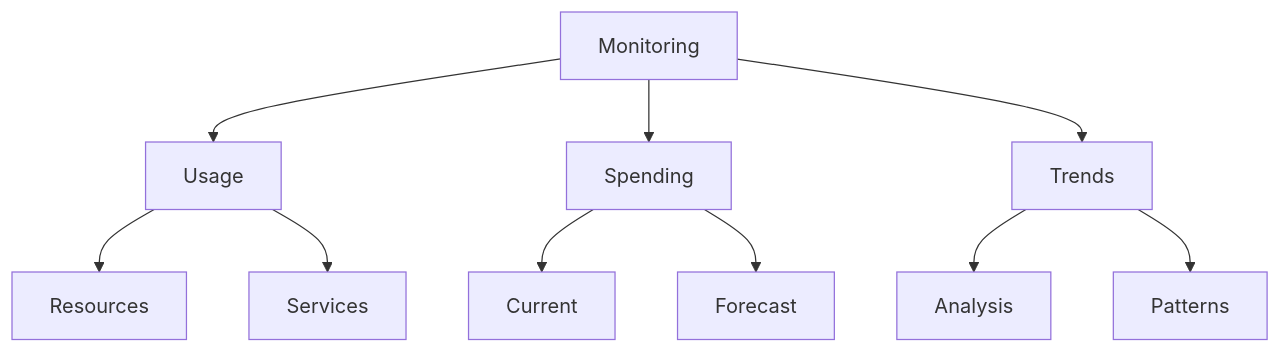
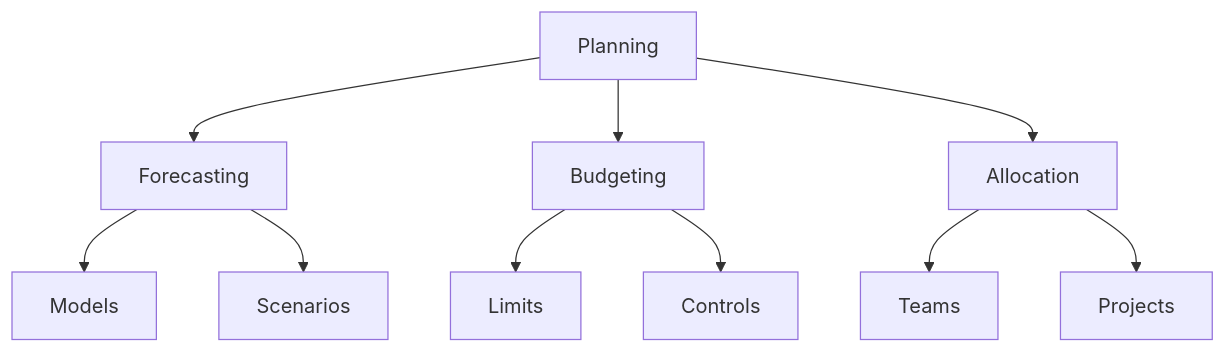
One commit to saravanakumarrc/Architecture_Journey changed diagram 12 of 15 in src/azure/az-104/Cost_Management.md. Above: the diagram before and after it, drawn with Mermaid. The commit also changed other lines of this file and 6 other files, not shown here.

````diff
--- a/src/azure/az-104/Cost_Management.md
+++ b/src/azure/az-104/Cost_Management.md
@@ -198,15 +211,15 @@
 ```mermaid
 graph TB
-    A[Monitoring] --> B[Usage]
-    A --> C[Spending]
-    A --> D[Trends]
+    A[Planning] --> B[Forecasting]
+    A --> C[Budgeting]
+    A --> D[Allocation]
     
-    B --> E[Resources]
-    B --> F[Services]
+    B --> E[Models]
+    B --> F[Scenarios]
     
-    C --> G[Current]
-    C --> H[Forecast]
+    C --> G[Limits]
+    C --> H[Controls]
     
-    D --> I[Analysis]
-    D --> J[Patterns]
+    D --> I[Teams]
+    D --> J[Projects]
 ```
````
